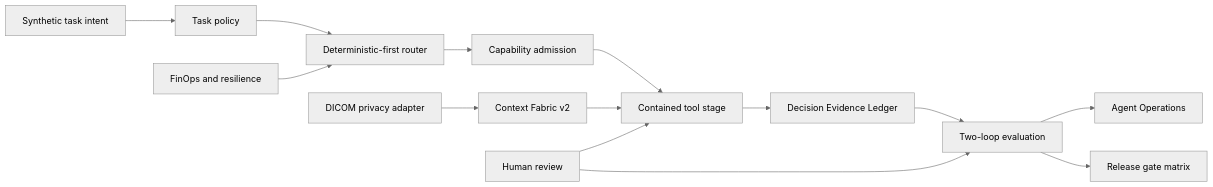
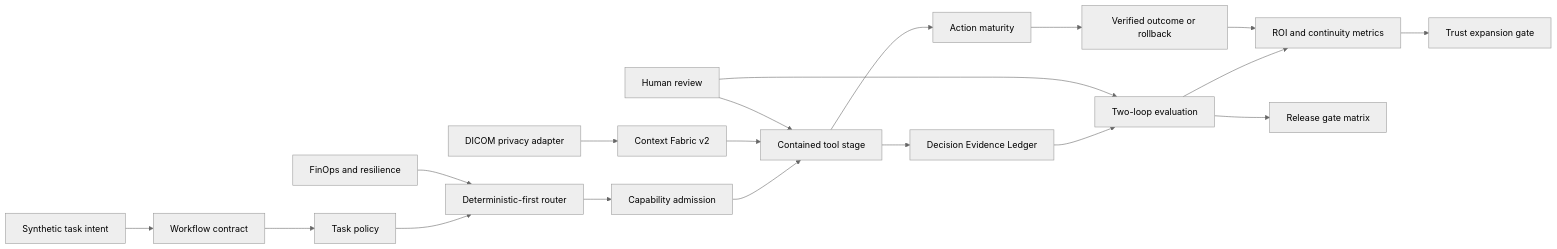
Before and after one commit to temitayodahunsi777/scrimed-site: the diagram in docs/SCRIMED_P34_ADAPTIVE_GOVERNANCE.md, drawn with Mermaid (neutral theme). The commit also changed other lines of this file and 23 other files, not shown here.

Commit message:
feat(p34): add workflow continuity controls

````diff
--- a/docs/SCRIMED_P34_ADAPTIVE_GOVERNANCE.md
+++ b/docs/SCRIMED_P34_ADAPTIVE_GOVERNANCE.md
@@ -7,16 +7,21 @@
 ```mermaid
 flowchart LR
-  I["Synthetic task intent"] --> P["Task policy"]
+  I["Synthetic task intent"] --> W["Workflow contract"]
+  W --> P["Task policy"]
   P --> D["Deterministic-first router"]
   D --> C["Capability admission"]
   C --> X["Contained tool stage"]
   H["Context Fabric v2"] --> X
   M["DICOM privacy adapter"] --> H
   X --> L["Decision Evidence Ledger"]
   L --> E["Two-loop evaluation"]
   E --> O["Agent Operations"]
   F["FinOps and resilience"] --> D
   R["Human review"] --> X
   R --> E
   E --> G["Release gate matrix"]
+  X --> A["Action maturity"]
+  A --> V["Verified outcome or rollback"]
+  V --> O["ROI and continuity metrics"]
+  O --> T["Trust expansion gate"]
 ```
````
